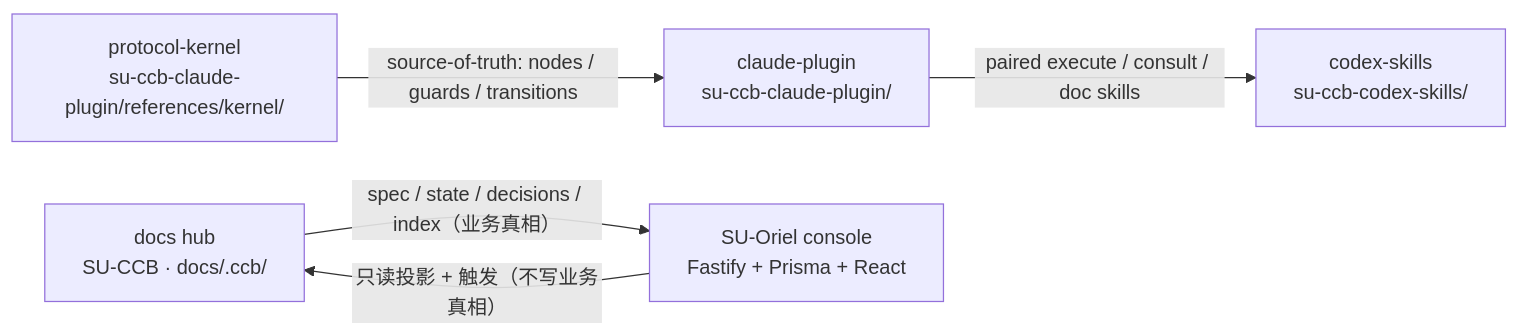
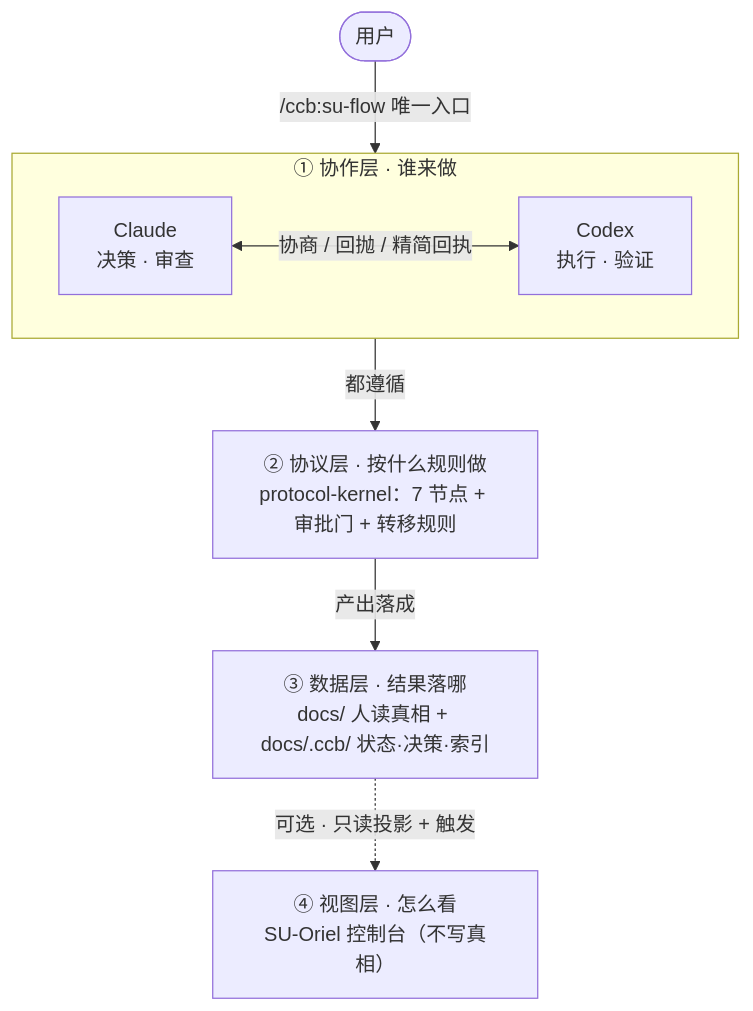
The diagram in README.md (Im-Sue/SU-CCB), drawn with Mermaid before and after one commit. The commit also changed other lines of this file, not shown here.

Commit message:
docs(readme): rebuild architecture as 4-layer view (谁来做/规则/落哪/怎么看)
旧图是仓库间数据流+黑话箭头,读者看不懂且与叙事脱节。改为分层:协作层(Claude/Codex)→
协议层(kernel)→数据层(docs)→视图层(SU-Oriel),plain 标签,层→仓映射表,与上文叙事打通。

````diff
--- a/README.md
+++ b/README.md
@@ -109,13 +111,12 @@
 ```mermaid
-flowchart LR
-  kernel["protocol-kernel<br/>su-ccb-claude-plugin/references/kernel/"]
-  plugin["claude-plugin<br/>su-ccb-claude-plugin/"]
-  codex["codex-skills<br/>su-ccb-codex-skills/"]
-  hub["docs hub<br/>SU-CCB · docs/.ccb/"]
-  oriel["SU-Oriel console<br/>Fastify + Prisma + React"]
+flowchart TD
+  user([用户]) -->|"/ccb:su-flow 唯一入口"| collab
 
-  kernel -->|"source-of-truth: nodes / guards / transitions"| plugin
-  plugin -->|"paired execute / consult / doc skills"| codex
-  hub -->|"spec / state / decisions / index（业务真相）"| oriel
-  oriel -->|"只读投影 + 触发（不写业务真相）"| hub
+  subgraph collab["① 协作层 · 谁来做"]
+    claude["Claude<br/>决策 · 审查"] <-->|"协商 / 回抛 / 精简回执"| codex["Codex<br/>执行 · 验证"]
+  end
+
+  collab -->|"都遵循"| kernel["② 协议层 · 按什么规则做<br/>protocol-kernel：7 节点 + 审批门 + 转移规则"]
+  kernel -->|"产出落成"| data["③ 数据层 · 结果落哪<br/>docs/ 人读真相 + docs/.ccb/ 状态·决策·索引"]
+  data -.->|"可选 · 只读投影 + 触发"| view["④ 视图层 · 怎么看<br/>SU-Oriel 控制台（不写真相）"]
 ```
````
